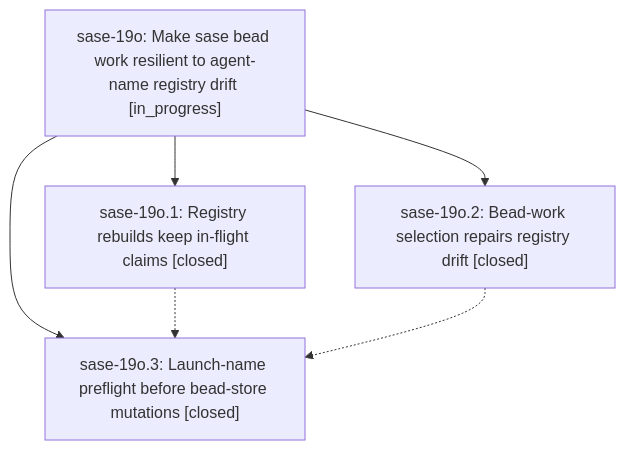
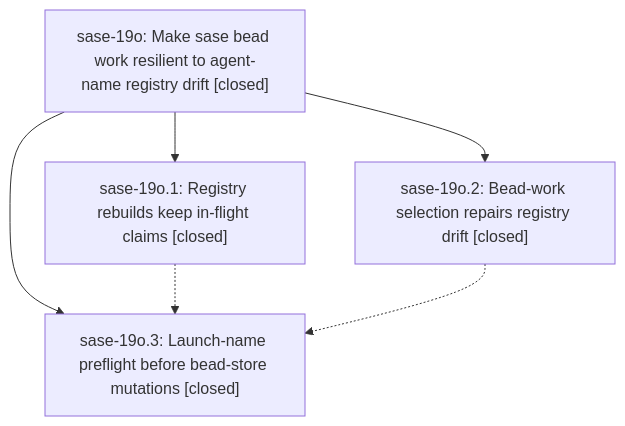
Before and after one commit to sase-org/sase--beads: the diagram in pages/sase-19o/README.md, drawn with Mermaid. The commit also changed other lines of this file and 3 other files, not shown here.

First line of the commit message:
chore(beads): sync bead state and pages for sase-19o

````diff
--- a/pages/sase-19o/README.md
+++ b/pages/sase-19o/README.md
@@ -28,12 +44,12 @@
 ```mermaid
 flowchart TD
-    n0["sase-19o: Make sase bead work resilient to agent-name registry drift [in_progress]"]
+    n0["sase-19o: Make sase bead work resilient to agent-name registry drift [closed]"]
     n1["sase-19o.1: Registry rebuilds keep in-flight claims [closed]"]
     n2["sase-19o.2: Bead-work selection repairs registry drift [closed]"]
     n3["sase-19o.3: Launch-name preflight before bead-store mutations [closed]"]
     n0 --> n1
     n0 --> n2
     n0 --> n3
     n1 -.-> n3
     n2 -.-> n3
 ```
````
